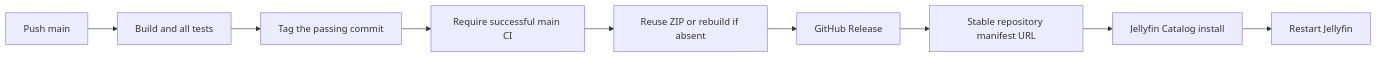
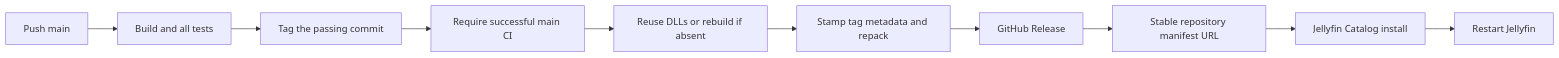
Before and after one commit to Heehaaw/jellyfin-plugin-transmission-streaming: the diagram in doc/installation.md, drawn with Mermaid. The commit also changed other lines of this file and 40 other files, not shown here.

Commit message:
feat: promote tested plugin artifacts with tag-derived metadata

````diff
--- a/doc/installation.md
+++ b/doc/installation.md
@@ -47,11 +48,12 @@
 ```mermaid
 flowchart LR
     P[Push main] --> C[Build and all tests]
     C --> T[Tag the passing commit]
     T --> V[Require successful main CI]
-    V --> Z[Reuse ZIP or rebuild if absent]
-    Z --> R[GitHub Release]
+    V --> Z[Reuse DLLs or rebuild if absent]
+    Z --> P2[Stamp tag metadata and repack]
+    P2 --> R[GitHub Release]
     R --> M[Stable repository manifest URL]
     M --> J[Jellyfin Catalog install]
     J --> S[Restart Jellyfin]
 ```
````
